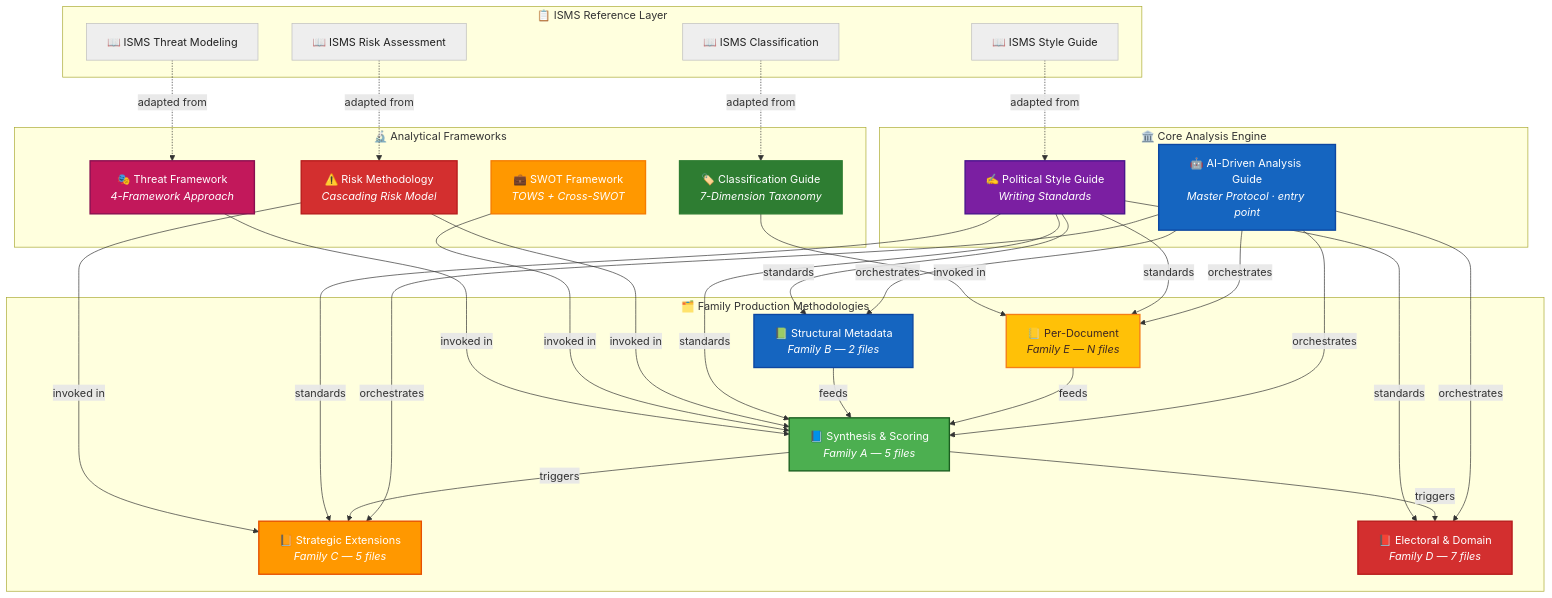
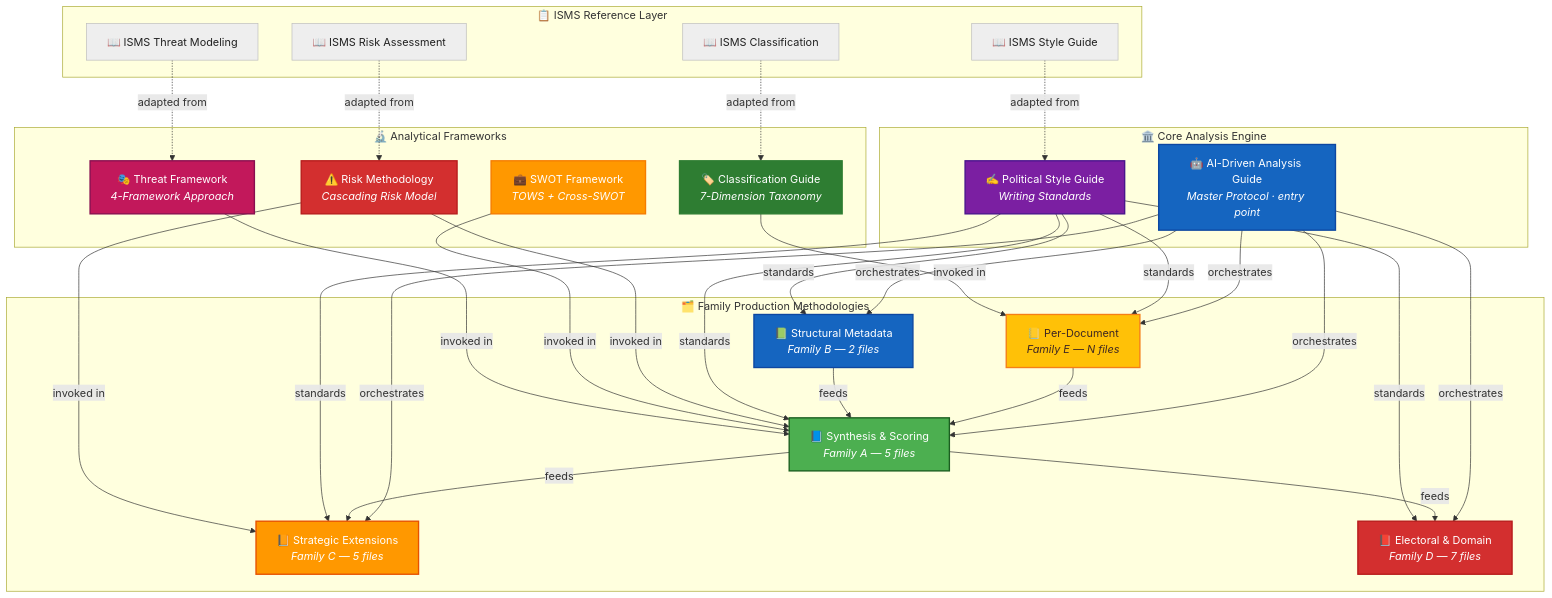
Before and after one commit to Hack23/riksdagsmonitor: the third of 11 diagrams in analysis/methodologies/README.md, drawn with Mermaid. The commit also changed other lines of this file and 5 other files, not shown here.

````diff
--- a/analysis/methodologies/README.md
+++ b/analysis/methodologies/README.md
@@ -216,73 +216,73 @@
 ```mermaid
 graph TB
     subgraph "🏛️ Core Analysis Engine"
         GUIDE["🤖 AI-Driven Analysis Guide<br/><i>Master Protocol · entry point</i>"]
         STYLE["✍️ Political Style Guide<br/><i>Writing Standards</i>"]
     end
 
     subgraph "🗂️ Family Production Methodologies"
         FAMA["📘 Synthesis & Scoring<br/><i>Family A — 5 files</i>"]
         FAMB["📗 Structural Metadata<br/><i>Family B — 2 files</i>"]
         FAMC["📙 Strategic Extensions<br/><i>Family C — 5 files</i>"]
         FAMD["📕 Electoral & Domain<br/><i>Family D — 7 files</i>"]
         FAME["📒 Per-Document<br/><i>Family E — N files</i>"]
     end
 
     subgraph "🔬 Analytical Frameworks"
         CLASS["🏷️ Classification Guide<br/><i>7-Dimension Taxonomy</i>"]
         RISK["⚠️ Risk Methodology<br/><i>Cascading Risk Model</i>"]
         SWOT["💼 SWOT Framework<br/><i>TOWS + Cross-SWOT</i>"]
         THREAT["🎭 Threat Framework<br/><i>4-Framework Approach</i>"]
     end
 
     subgraph "📋 ISMS Reference Layer"
         ISMS1["📖 ISMS Classification"]
         ISMS2["📖 ISMS Risk Assessment"]
         ISMS3["📖 ISMS Style Guide"]
         ISMS4["📖 ISMS Threat Modeling"]
     end
 
     GUIDE -->|"orchestrates"| FAMA
     GUIDE -->|"orchestrates"| FAMB
     GUIDE -->|"orchestrates"| FAMC
     GUIDE -->|"orchestrates"| FAMD
     GUIDE -->|"orchestrates"| FAME
 
     FAME -->|"feeds"| FAMA
     FAMB -->|"feeds"| FAMA
-    FAMA -->|"triggers"| FAMC
-    FAMA -->|"triggers"| FAMD
+    FAMA -->|"feeds"| FAMC
+    FAMA -->|"feeds"| FAMD
 
     STYLE -->|"standards"| FAMA
     STYLE -->|"standards"| FAMB
     STYLE -->|"standards"| FAMC
     STYLE -->|"standards"| FAMD
     STYLE -->|"standards"| FAME
 
     CLASS -->|"invoked in"| FAME
     RISK -->|"invoked in"| FAMA
     RISK -->|"invoked in"| FAMC
     SWOT -->|"invoked in"| FAMA
     THREAT -->|"invoked in"| FAMA
 
     ISMS1 -.->|"adapted from"| CLASS
     ISMS2 -.->|"adapted from"| RISK
     ISMS3 -.->|"adapted from"| STYLE
     ISMS4 -.->|"adapted from"| THREAT
 
     style GUIDE fill:#1565C0,color:#FFFFFF,stroke:#0D47A1,stroke-width:2px
     style STYLE fill:#7B1FA2,color:#FFFFFF,stroke:#4A148C,stroke-width:2px
     style FAMA fill:#4CAF50,color:#FFFFFF,stroke:#1B5E20,stroke-width:2px
     style FAMB fill:#1565C0,color:#FFFFFF,stroke:#0D47A1,stroke-width:2px
     style FAMC fill:#FF9800,color:#FFFFFF,stroke:#E65100,stroke-width:2px
     style FAMD fill:#D32F2F,color:#FFFFFF,stroke:#B71C1C,stroke-width:2px
     style FAME fill:#FFC107,color:#3E2723,stroke:#F57F17,stroke-width:2px
     style CLASS fill:#2E7D32,color:#FFFFFF,stroke:#2E7D32,stroke-width:2px
     style RISK fill:#D32F2F,color:#FFFFFF,stroke:#B71C1C,stroke-width:2px
     style SWOT fill:#FF9800,color:#FFFFFF,stroke:#F57C00,stroke-width:2px
     style THREAT fill:#C2185B,color:#FFFFFF,stroke:#880E4F,stroke-width:2px
     style ISMS1 fill:#EEEEEE,color:#212121,stroke:#BDBDBD
     style ISMS2 fill:#EEEEEE,color:#212121,stroke:#BDBDBD
     style ISMS3 fill:#EEEEEE,color:#212121,stroke:#BDBDBD
     style ISMS4 fill:#EEEEEE,color:#212121,stroke:#BDBDBD
 ```
````
